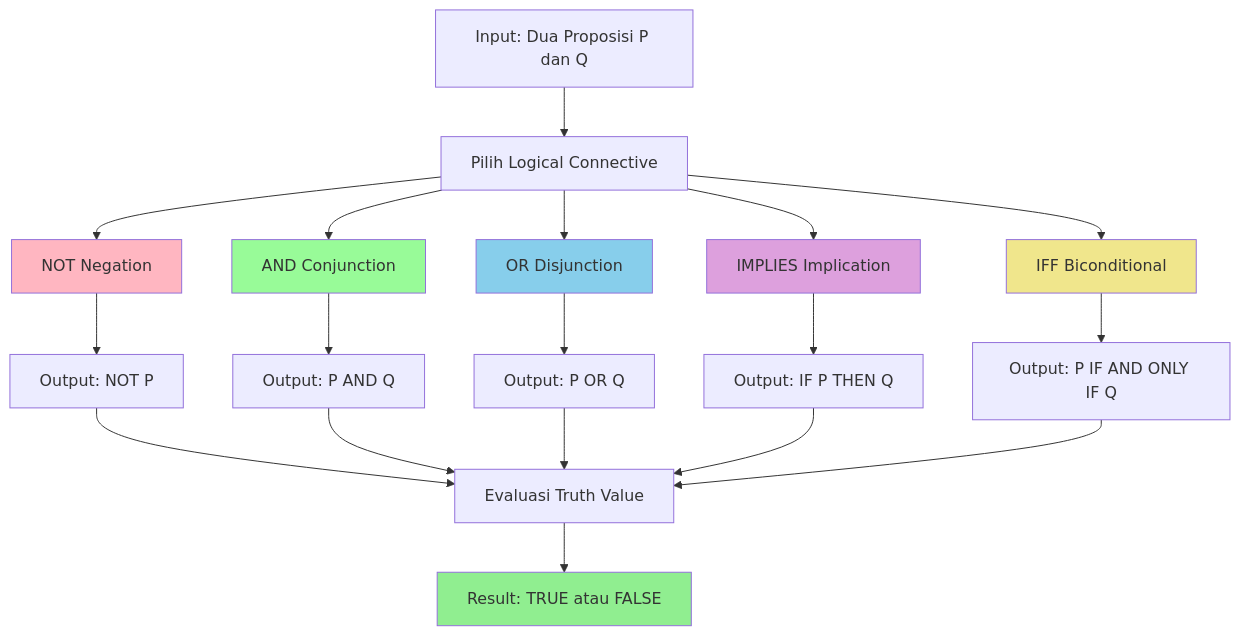
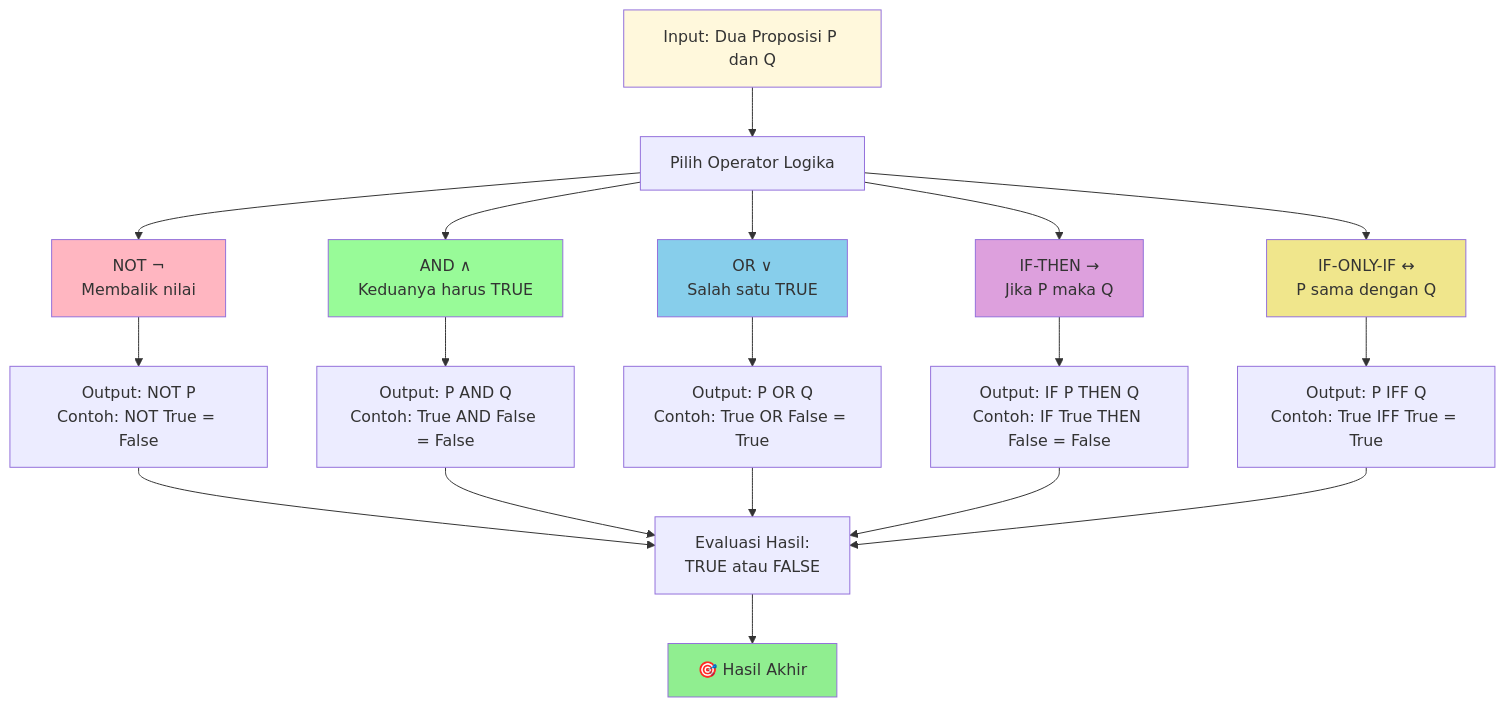
Before and after one commit to antonprafanto/logikamatematika: the second of 5 diagrams in pertemuan2.md, drawn with Mermaid. The commit also changed other lines of this file, not shown here.

````diff
--- a/pertemuan2.md
+++ b/pertemuan2.md
@@ -267,31 +285,32 @@
 ```mermaid
 flowchart TD
-    A[Input: Dua Proposisi P dan Q] --> B[Pilih Logical Connective]
+    A[Input: Dua Proposisi P dan Q] --> B[Pilih Operator Logika]
     
-    B --> C[NOT Negation]
-    B --> D[AND Conjunction]
-    B --> E[OR Disjunction] 
-    B --> F[IMPLIES Implication]
-    B --> G[IFF Biconditional]
+    B --> C[NOT ¬<br/>Membalik nilai]
+    B --> D[AND ∧<br/>Keduanya harus TRUE]
+    B --> E[OR ∨<br/>Salah satu TRUE] 
+    B --> F[IF-THEN →<br/>Jika P maka Q]
+    B --> G[IF-ONLY-IF ↔<br/>P sama dengan Q]
     
-    C --> C1[Output: NOT P]
-    D --> D1[Output: P AND Q]
-    E --> E1[Output: P OR Q]
-    F --> F1[Output: IF P THEN Q]
-    G --> G1[Output: P IF AND ONLY IF Q]
+    C --> C1[Output: NOT P<br/>Contoh: NOT True = False]
+    D --> D1[Output: P AND Q<br/>Contoh: True AND False = False]
+    E --> E1[Output: P OR Q<br/>Contoh: True OR False = True]
+    F --> F1[Output: IF P THEN Q<br/>Contoh: IF True THEN False = False]
+    G --> G1[Output: P IFF Q<br/>Contoh: True IFF True = True]
     
-    C1 --> H[Evaluasi Truth Value]
+    C1 --> H[Evaluasi Hasil:<br/>TRUE atau FALSE]
     D1 --> H
     E1 --> H
     F1 --> H
     G1 --> H
     
-    H --> I[Result: TRUE atau FALSE]
+    H --> I[🎯 Hasil Akhir]
     
     style C fill:#FFB6C1
     style D fill:#98FB98
     style E fill:#87CEEB
     style F fill:#DDA0DD
     style G fill:#F0E68C
     style I fill:#90EE90
+    style A fill:#FFF8DC
 ```
````
